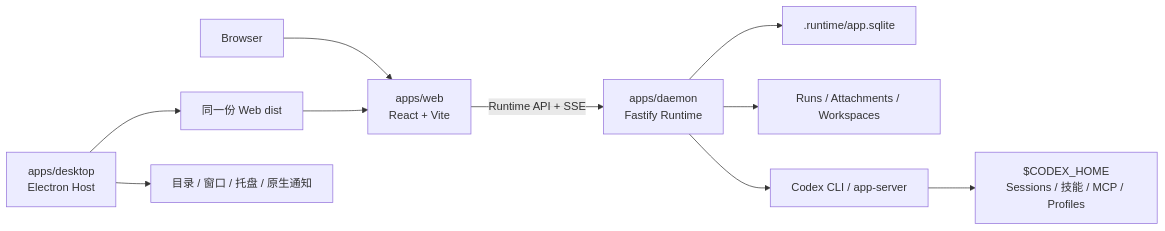
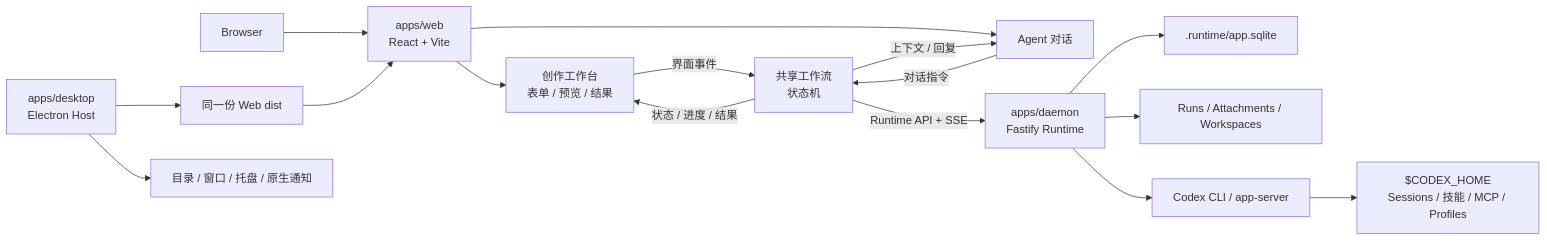
The diagram in docs/zh/README.md (krillinai/OpenCreator), drawn with Mermaid before and after one commit. The commit also changed other lines of this file and 1 other file, not shown here.

Commit message:
docs: explain state-driven workspace architecture

````diff
--- a/docs/zh/README.md
+++ b/docs/zh/README.md
@@ -236,12 +239,18 @@
 ```mermaid
 flowchart LR
     Browser["Browser"] --> Web["apps/web<br/>React + Vite"]
     Desktop["apps/desktop<br/>Electron Host"] --> WebBuild["同一份 Web dist"]
     WebBuild --> Web
     Desktop --> Native["目录 / 窗口 / 托盘 / 原生通知"]
-    Web -->|"Runtime API + SSE"| Daemon["apps/daemon<br/>Fastify Runtime"]
+    Web --> Workspace["创作工作台<br/>表单 / 预览 / 结果"]
+    Web --> Conversation["Agent 对话"]
+    Workspace -->|"界面事件"| StateMachine["共享工作流<br/>状态机"]
+    Conversation -->|"对话指令"| StateMachine
+    StateMachine -->|"状态 / 进度 / 结果"| Workspace
+    StateMachine -->|"上下文 / 回复"| Conversation
+    StateMachine -->|"Runtime API + SSE"| Daemon["apps/daemon<br/>Fastify Runtime"]
     Daemon --> DB[".runtime/app.sqlite"]
     Daemon --> Files["Runs / Attachments / Workspaces"]
     Daemon --> Codex["Codex CLI / app-server"]
     Codex --> CodexHome["$CODEX_HOME<br/>Sessions / 技能 / MCP / Profiles"]
 ```
````
